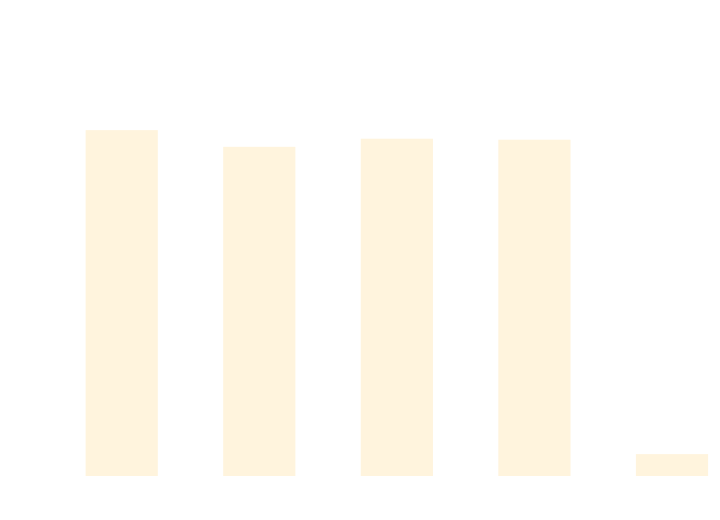
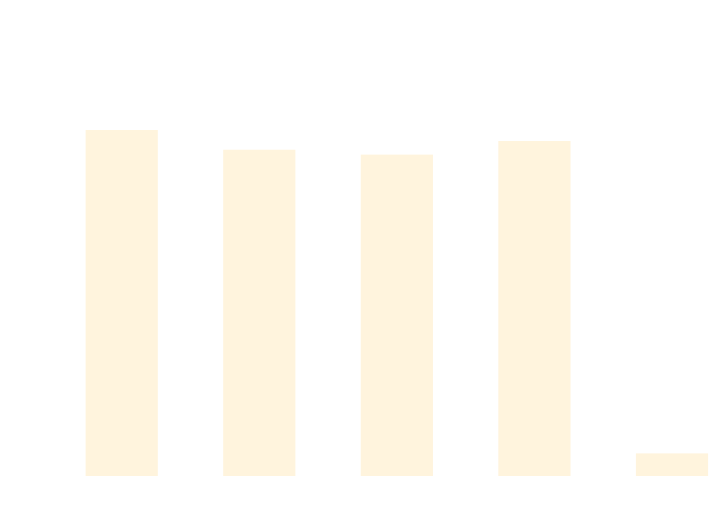
One commit to thomhurst/TUnit changed the diagram in docs/docs/benchmarks/DataDrivenTests.md. Above: the diagram before and after it, drawn with Mermaid. The commit also changed other lines of this file and 17 other files, not shown here.

````diff
--- a/docs/docs/benchmarks/DataDrivenTests.md
+++ b/docs/docs/benchmarks/DataDrivenTests.md
@@ -27,37 +27,37 @@
 ```mermaid
 %%{init: {
   'theme':'base',
   'themeVariables': {
     'primaryColor': '#2563eb',
     'primaryTextColor': '#ffffff',
     'primaryBorderColor': '#1e40af',
     'lineColor': '#6b7280',
     'secondaryColor': '#7c3aed',
     'tertiaryColor': '#dc2626',
     'background': '#ffffff',
     'mainBkg': '#2563eb',
     'secondBkg': '#7c3aed',
     'tertiaryBkg': '#dc2626',
     'clusterBkg': '#f3f4f6',
     'edgeLabelBackground': '#ffffff',
     'tertiaryTextColor': '#1f2937',
     'pie1': '#2563eb',
     'pie2': '#7c3aed',
     'pie3': '#dc2626',
     'pie4': '#f59e0b',
     'pie5': '#10b981',
     'pie6': '#06b6d4',
     'pie7': '#ec4899',
     'pie8': '#6366f1',
     'pie9': '#84cc16',
     'pie10': '#f97316',
     'pie11': '#14b8a6',
     'pie12': '#a855f7'
   }
 }}%%
 xychart-beta
   title "DataDrivenTests Performance Comparison"
   x-axis ["TUnit", "NUnit", "MSTest", "xUnit3", "TUnit_AOT"]
-  y-axis "Time (ms)" 0 --> 745
-  bar [620.57, 589.89, 604.8, 602.97, 24.6]
+  y-axis "Time (ms)" 0 --> 750
+  bar [624.95, 588.43, 579.42, 604.64, 26.14]
 ```
````
